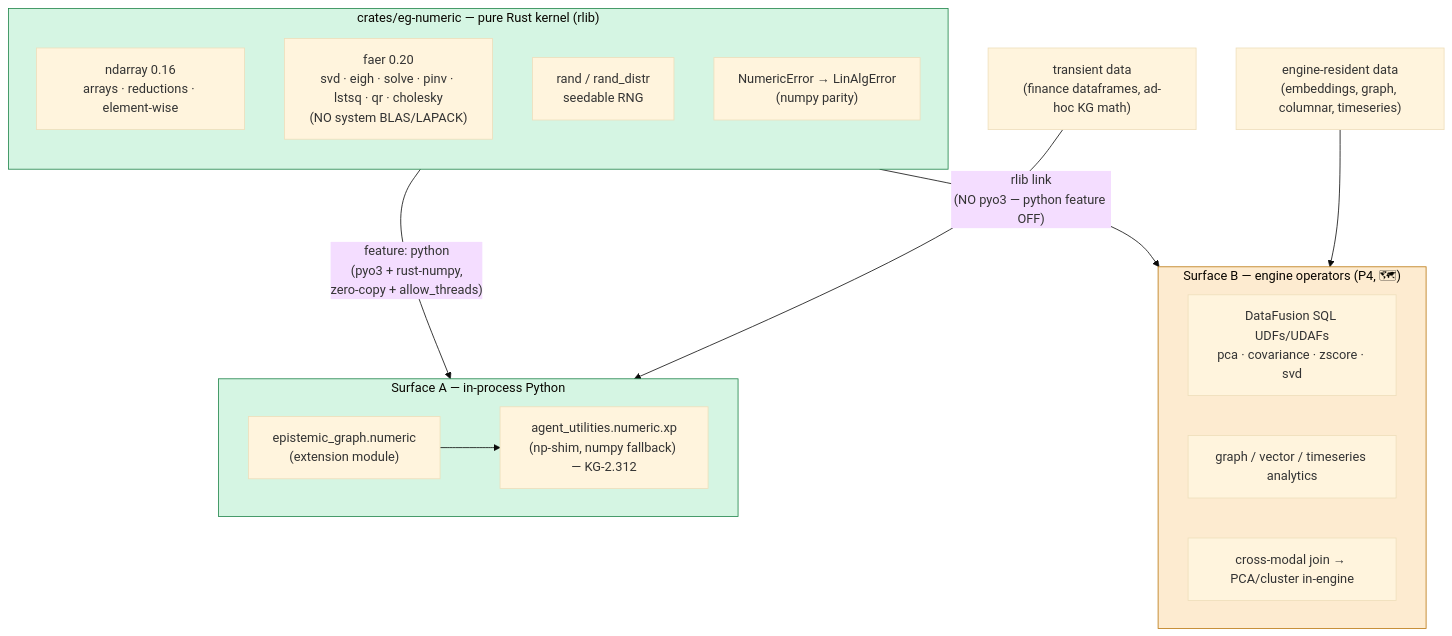
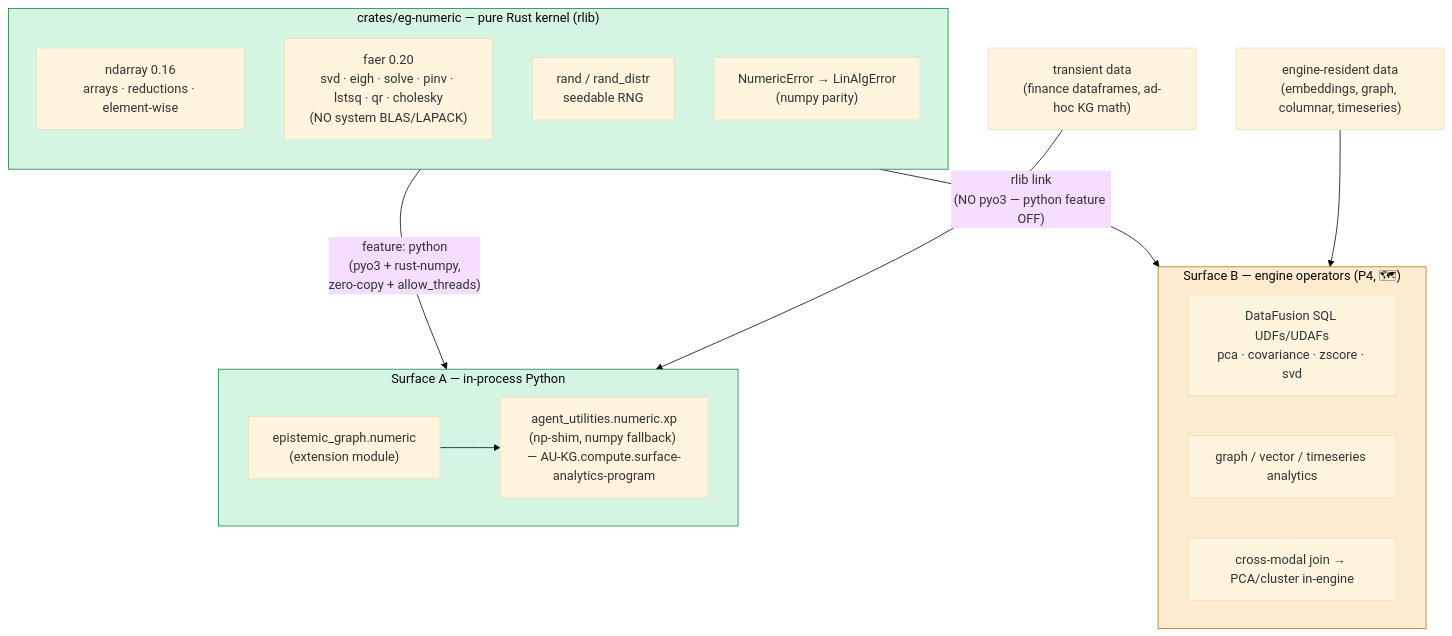
The first of 3 diagrams in docs/architecture/numeric_kernel.md (Knuckles-Team/epistemic-graph), drawn with Mermaid (base theme) before and after one commit. The commit also changed other lines of this file and 469 other files, not shown here.

````diff
--- a/docs/architecture/numeric_kernel.md
+++ b/docs/architecture/numeric_kernel.md
@@ -16,33 +16,33 @@
 ```mermaid
 flowchart TD
     subgraph K["crates/eg-numeric — pure Rust kernel (rlib)"]
         direction TB
         ND["ndarray 0.16<br/>arrays · reductions · element-wise"]
         FA["faer 0.20<br/>svd · eigh · solve · pinv · lstsq · qr · cholesky<br/>(NO system BLAS/LAPACK)"]
         RN["rand / rand_distr<br/>seedable RNG"]
         ERR["NumericError → LinAlgError<br/>(numpy parity)"]
     end
 
     K -->|"feature: python<br/>(pyo3 + rust-numpy,<br/>zero-copy + allow_threads)"| SA
     K -->|"rlib link<br/>(NO pyo3 — python feature OFF)"| SB
 
     subgraph SA["Surface A — in-process Python"]
         M1["epistemic_graph.numeric<br/>(extension module)"]
-        M2["agent_utilities.numeric.xp<br/>(np-shim, numpy fallback) — KG-2.312"]
+        M2["agent_utilities.numeric.xp<br/>(np-shim, numpy fallback) — AU-KG.compute.surface-analytics-program"]
         M1 --> M2
     end
 
     subgraph SB["Surface B — engine operators (P4, 🗺)"]
         D1["DataFusion SQL UDFs/UDAFs<br/>pca · covariance · zscore · svd"]
         D2["graph / vector / timeseries analytics"]
         D3["cross-modal join → PCA/cluster in-engine"]
     end
 
     TA["transient data<br/>(finance dataframes, ad-hoc KG math)"] --> SA
     TB["engine-resident data<br/>(embeddings, graph, columnar, timeseries)"] --> SB
 
     classDef done fill:#d5f5e3,stroke:#1e8449;
     classDef todo fill:#fdebd0,stroke:#b9770e;
     class K,SA done;
     class SB todo;
 ```
````
